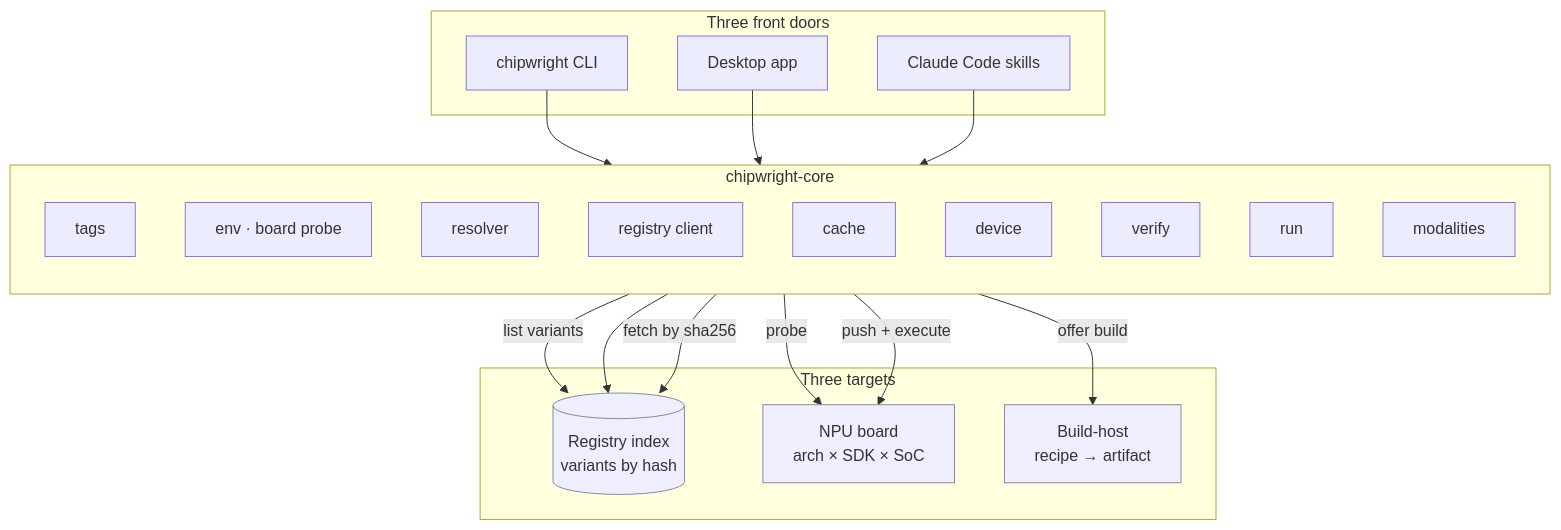
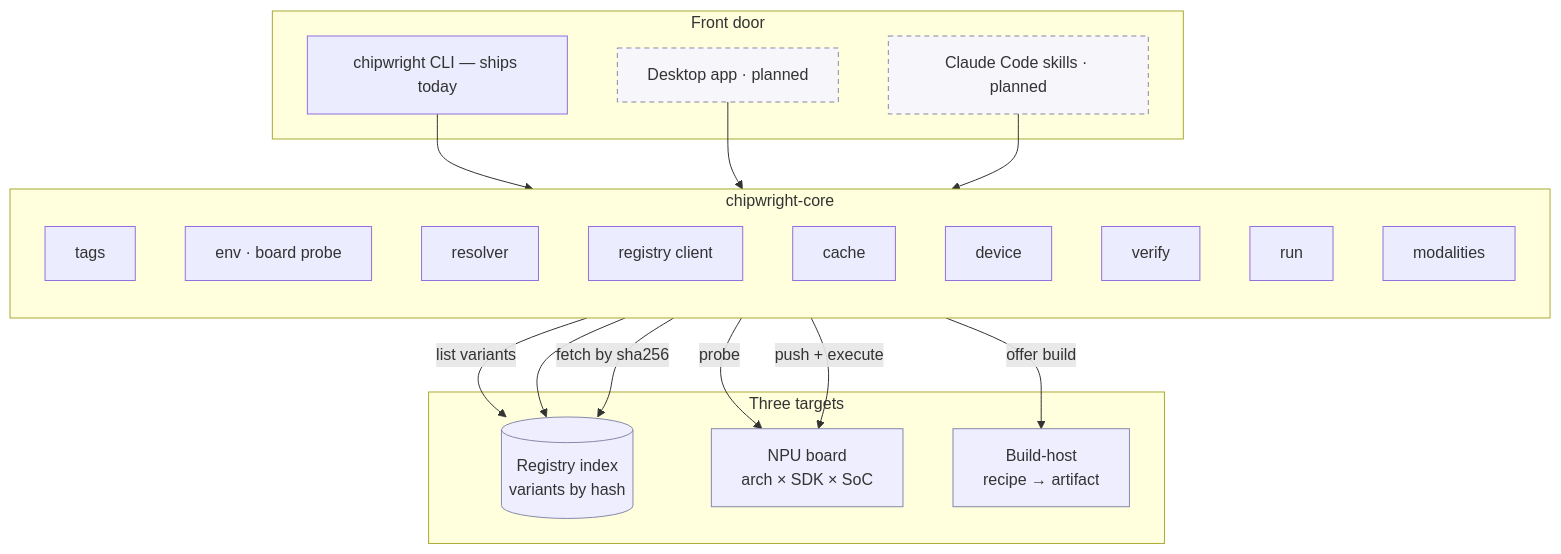
The diagram in docs/architecture.md (nameissakthi25/chipwright), drawn with Mermaid before and after one commit. The commit also changed other lines of this file and 8 other files, not shown here.

````diff
--- a/docs/architecture.md
+++ b/docs/architecture.md
@@ -29,41 +32,42 @@
 ```mermaid
 flowchart TB
-    subgraph doors[Three front doors]
-        CLI[chipwright CLI]
-        APP[Desktop app]
-        SKILL[Claude Code skills]
+    subgraph doors[Front door]
+        CLI[chipwright CLI — ships today]
+        APP[Desktop app · planned]:::planned
+        SKILL[Claude Code skills · planned]:::planned
     end
+    classDef planned stroke-dasharray: 5 4,stroke:#88a,fill:#f6f6fb;
 
     subgraph core[chipwright-core]
         direction TB
         TAGS[tags]
         ENV[env · board probe]
         RES[resolver]
         REG[registry client]
         CACHE[cache]
         DEV[device]
         VER[verify]
         RUN[run]
         MOD[modalities]
     end
 
     subgraph targets[Three targets]
         REGISTRY[(Registry index\nvariants by hash)]
         BOARD[NPU board\narch × SDK × SoC]
         BUILDHOST[Build-host\nrecipe → artifact]
     end
 
     CLI --> core
     APP --> core
     SKILL --> core
 
     RES -->|list variants| REGISTRY
     REG --> REGISTRY
     CACHE -->|fetch by sha256| REGISTRY
     ENV -->|probe| BOARD
     DEV -->|push + execute| BOARD
     RUN -->|offer build| BUILDHOST
 
     classDef t fill:#eef,stroke:#88a;
     class REGISTRY,BOARD,BUILDHOST t;
 ```
````
